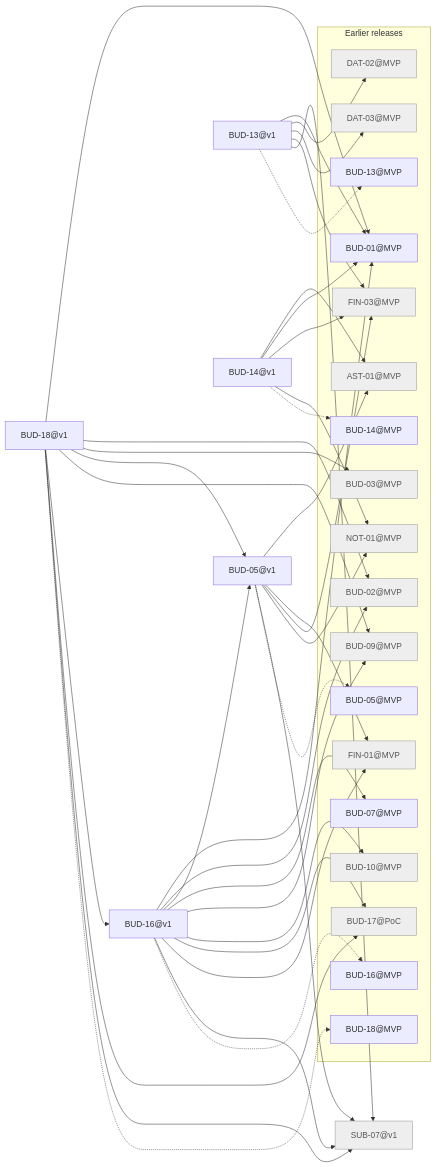
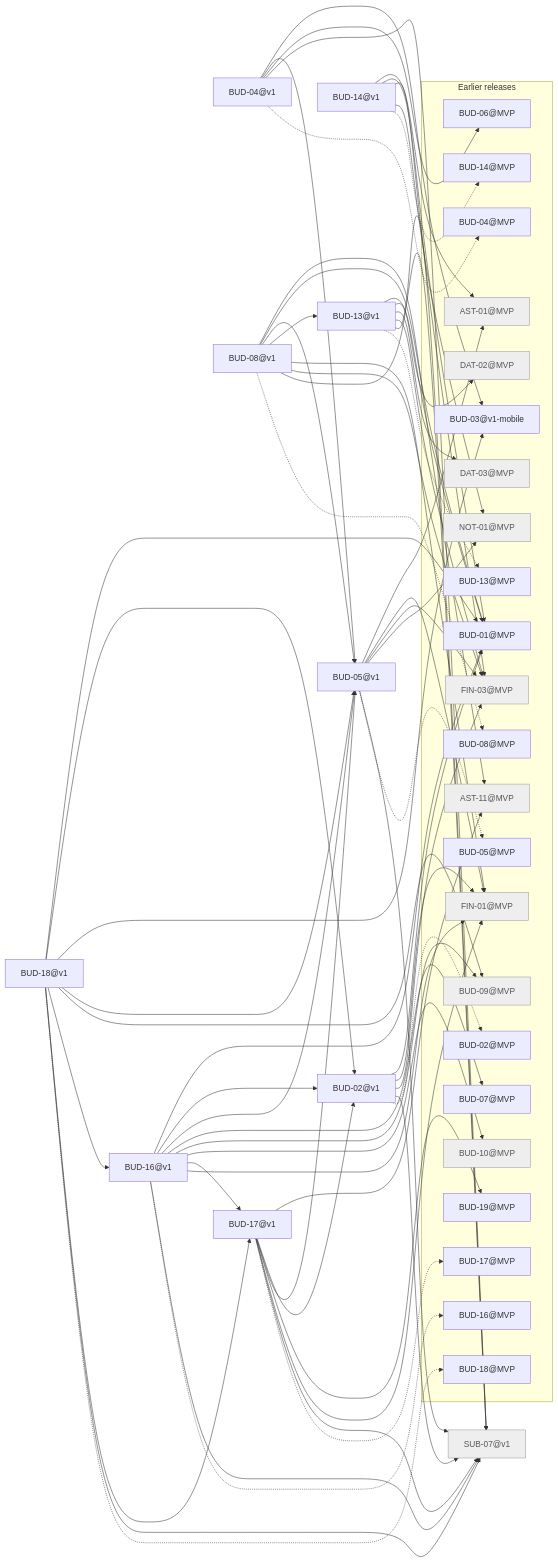
One commit to minakovval/Willowsum changed the diagram in docs/traceability/release-v1.md. Above: the diagram before and after it, drawn with Mermaid. The commit also changed other lines of this file and 48 other files, not shown here.

````diff
--- a/docs/traceability/release-v1.md
+++ b/docs/traceability/release-v1.md
@@ -21,37 +25,64 @@
 ```mermaid
 flowchart LR
+  BUD_02_v1["BUD-02@v1"]
+  BUD_04_v1["BUD-04@v1"]
   BUD_05_v1["BUD-05@v1"]
+  BUD_08_v1["BUD-08@v1"]
   BUD_13_v1["BUD-13@v1"]
   BUD_14_v1["BUD-14@v1"]
   BUD_16_v1["BUD-16@v1"]
+  BUD_17_v1["BUD-17@v1"]
   BUD_18_v1["BUD-18@v1"]
   SUB_07_v1["SUB-07@v1"]
   subgraph earlier["Earlier releases"]
     AST_01_MVP["AST-01@MVP"]
+    AST_11_MVP["AST-11@MVP"]
     BUD_01_MVP["BUD-01@MVP"]
     BUD_02_MVP["BUD-02@MVP"]
-    BUD_03_MVP["BUD-03@MVP"]
+    BUD_03_v1_mobile["BUD-03@v1-mobile"]
+    BUD_04_MVP["BUD-04@MVP"]
     BUD_05_MVP["BUD-05@MVP"]
+    BUD_06_MVP["BUD-06@MVP"]
     BUD_07_MVP["BUD-07@MVP"]
+    BUD_08_MVP["BUD-08@MVP"]
     BUD_09_MVP["BUD-09@MVP"]
     BUD_10_MVP["BUD-10@MVP"]
     BUD_13_MVP["BUD-13@MVP"]
     BUD_14_MVP["BUD-14@MVP"]
     BUD_16_MVP["BUD-16@MVP"]
-    BUD_17_PoC["BUD-17@PoC"]
+    BUD_17_MVP["BUD-17@MVP"]
     BUD_18_MVP["BUD-18@MVP"]
+    BUD_19_MVP["BUD-19@MVP"]
     DAT_02_MVP["DAT-02@MVP"]
     DAT_03_MVP["DAT-03@MVP"]
     FIN_01_MVP["FIN-01@MVP"]
     FIN_03_MVP["FIN-03@MVP"]
     NOT_01_MVP["NOT-01@MVP"]
   end
+  BUD_02_v1 --> BUD_01_MVP
+  BUD_02_v1 --> FIN_01_MVP
+  BUD_02_v1 --> FIN_03_MVP
+  BUD_02_v1 --> SUB_07_v1
+  BUD_02_v1 -.-> BUD_02_MVP
+  BUD_04_v1 --> BUD_03_v1_mobile
+  BUD_04_v1 --> BUD_05_v1
+  BUD_04_v1 --> BUD_06_MVP
+  BUD_04_v1 --> SUB_07_v1
+  BUD_04_v1 -.-> BUD_04_MVP
   BUD_05_v1 --> AST_01_MVP
   BUD_05_v1 --> FIN_01_MVP
   BUD_05_v1 --> FIN_03_MVP
   BUD_05_v1 --> NOT_01_MVP
   BUD_05_v1 --> SUB_07_v1
   BUD_05_v1 -.-> BUD_05_MVP
+  BUD_08_v1 --> AST_11_MVP
+  BUD_08_v1 --> BUD_01_MVP
+  BUD_08_v1 --> BUD_05_v1
+  BUD_08_v1 --> BUD_13_v1
+  BUD_08_v1 --> FIN_01_MVP
+  BUD_08_v1 --> FIN_03_MVP
+  BUD_08_v1 --> SUB_07_v1
+  BUD_08_v1 -.-> BUD_08_MVP
   BUD_13_v1 --> BUD_01_MVP
   BUD_13_v1 --> DAT_02_MVP
   BUD_13_v1 --> DAT_03_MVP
@@ -64,24 +95,31 @@
   BUD_14_v1 --> NOT_01_MVP
   BUD_14_v1 -.-> BUD_14_MVP
   BUD_16_v1 --> BUD_01_MVP
-  BUD_16_v1 --> BUD_02_MVP
+  BUD_16_v1 --> BUD_02_v1
   BUD_16_v1 --> BUD_05_v1
   BUD_16_v1 --> BUD_07_MVP
   BUD_16_v1 --> BUD_09_MVP
   BUD_16_v1 --> BUD_10_MVP
-  BUD_16_v1 --> BUD_17_PoC
+  BUD_16_v1 --> BUD_17_v1
   BUD_16_v1 --> FIN_01_MVP
   BUD_16_v1 --> SUB_07_v1
   BUD_16_v1 -.-> BUD_16_MVP
+  BUD_17_v1 --> AST_11_MVP
+  BUD_17_v1 --> BUD_02_v1
+  BUD_17_v1 --> BUD_05_v1
+  BUD_17_v1 --> BUD_19_MVP
+  BUD_17_v1 --> FIN_01_MVP
+  BUD_17_v1 --> SUB_07_v1
+  BUD_17_v1 -.-> BUD_17_MVP
   BUD_18_v1 --> BUD_01_MVP
-  BUD_18_v1 --> BUD_02_MVP
-  BUD_18_v1 --> BUD_03_MVP
+  BUD_18_v1 --> BUD_02_v1
+  BUD_18_v1 --> BUD_03_v1_mobile
   BUD_18_v1 --> BUD_05_v1
   BUD_18_v1 --> BUD_09_MVP
   BUD_18_v1 --> BUD_16_v1
-  BUD_18_v1 --> BUD_17_PoC
+  BUD_18_v1 --> BUD_17_v1
   BUD_18_v1 --> SUB_07_v1
   BUD_18_v1 -.-> BUD_18_MVP
   classDef notMigrated fill:#eee,stroke:#999,color:#555
-  class AST_01_MVP,BUD_02_MVP,BUD_03_MVP,BUD_09_MVP,BUD_10_MVP,BUD_17_PoC,DAT_02_MVP,DAT_03_MVP,FIN_01_MVP,FIN_03_MVP,NOT_01_MVP,SUB_07_v1 notMigrated
+  class AST_01_MVP,AST_11_MVP,BUD_09_MVP,BUD_10_MVP,DAT_02_MVP,DAT_03_MVP,FIN_01_MVP,FIN_03_MVP,NOT_01_MVP,SUB_07_v1 notMigrated
 ```
````
